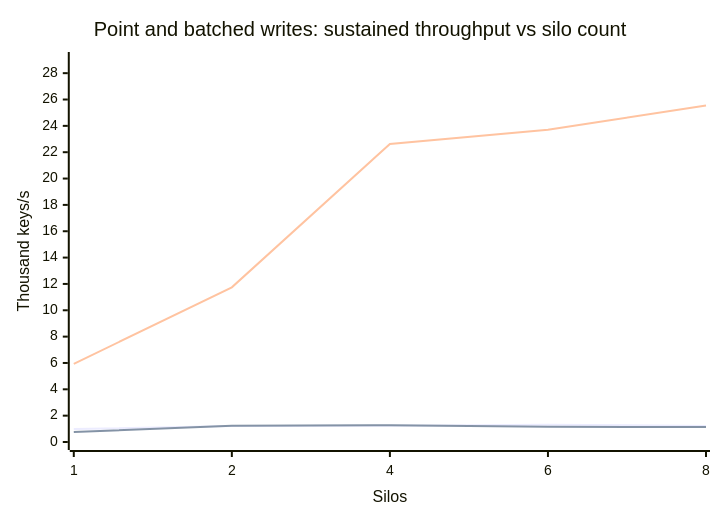
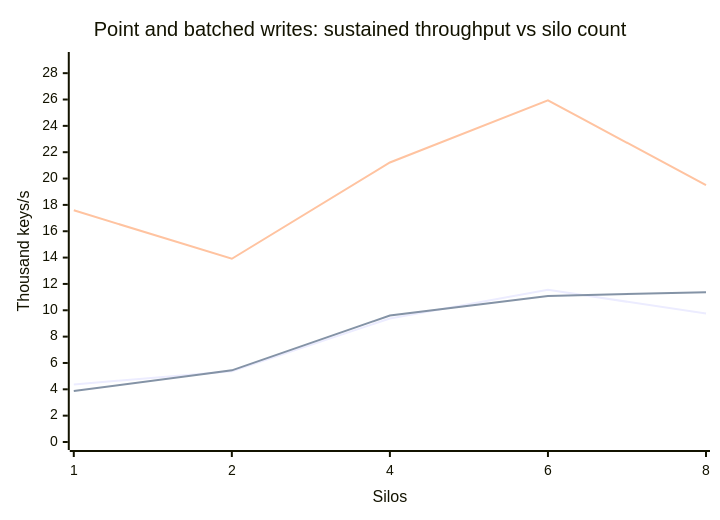
Before and after one commit to NSTA1/Orleans.Lattice: the third of 4 diagrams in docs/lattice/performance-multi-silo.md, drawn with Mermaid. The commit also changed other lines of this file and 1 other file, not shown here.

````diff
--- a/docs/lattice/performance-multi-silo.md
+++ b/docs/lattice/performance-multi-silo.md
@@ -77,9 +79,9 @@
 ```mermaid
 xychart-beta
     title "Point and batched writes: sustained throughput vs silo count"
     x-axis "Silos" ["1", "2", "4", "6", "8"]
     y-axis "Thousand keys/s" 0 --> 29
-    line [0.98, 1.22, 1.23, 1.31, 1.22]
-    line [0.76, 1.24, 1.27, 1.15, 1.13]
-    line [5.93, 11.74, 22.63, 23.7, 25.55]
+    line [4.37, 5.37, 9.38, 11.55, 9.75]
+    line [3.87, 5.44, 9.6, 11.09, 11.37]
+    line [17.59, 13.91, 21.22, 25.94, 19.5]
 ```
````
